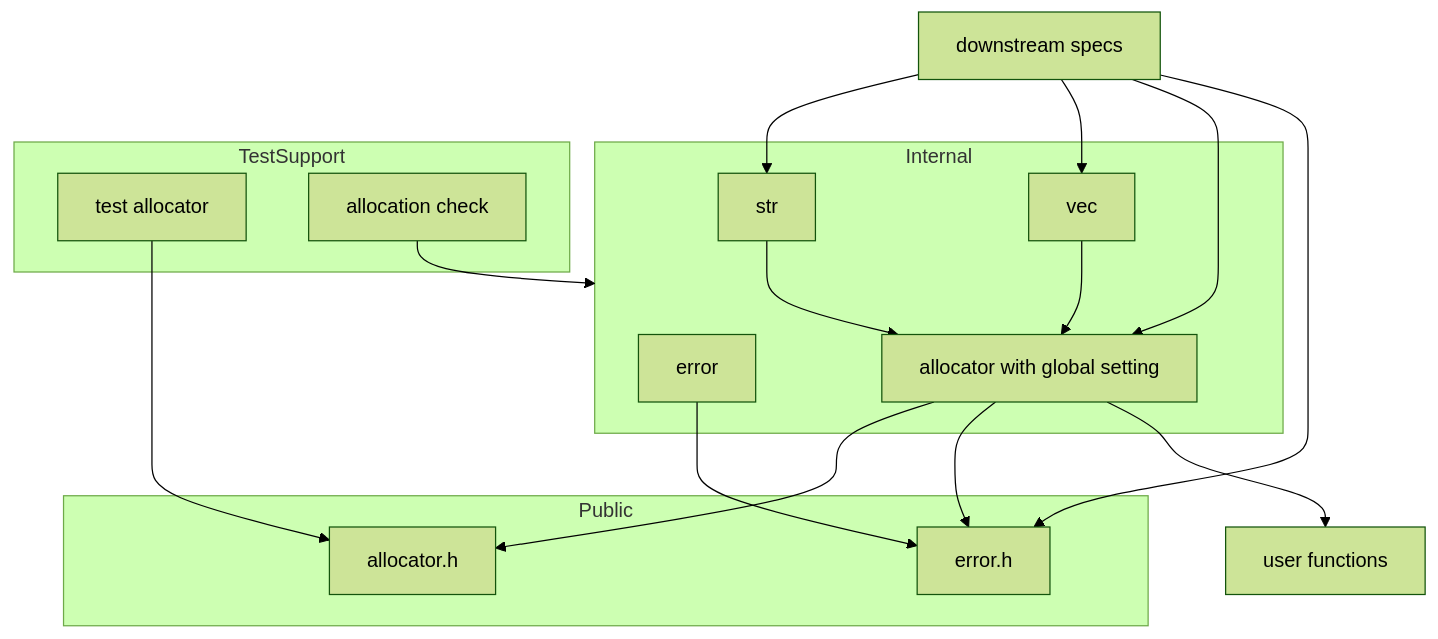
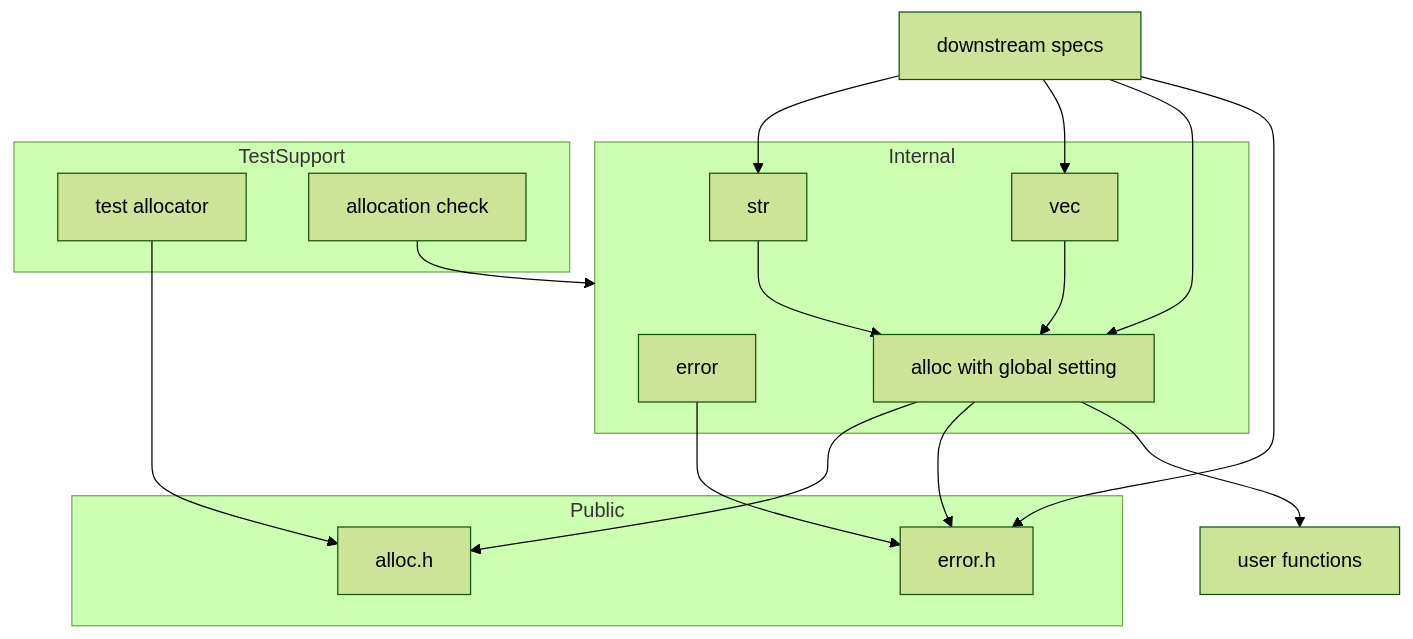
One commit to ktdevx/cargs changed the first of 2 diagrams in .kiro/specs/core-runtime/design.md. Above: the diagram before and after it, drawn with Mermaid (forest theme). The commit also changed other lines of this file and 2 other files, not shown here.

First line of the commit message:
Rename allocator module to alloc and clargs_str_dup to clargs_strdup

````diff
--- a/.kiro/specs/core-runtime/design.md
+++ b/.kiro/specs/core-runtime/design.md
@@ -90,32 +90,32 @@
 ```mermaid
 graph TB
     subgraph Public
         ErrorH[error.h]
-        AllocatorH[allocator.h]
+        AllocatorH[alloc.h]
     end
     subgraph Internal
         Error[error]
-        Allocator[allocator with global setting]
+        Allocator[alloc with global setting]
         Str[str]
         Vec[vec]
     end
     subgraph TestSupport
         TestAllocator[test allocator]
         Check[allocation check]
     end
     Downstream[downstream specs]
     User[user functions]
 
     Error --> ErrorH
     Allocator --> AllocatorH
     Allocator --> ErrorH
     Str --> Allocator
     Vec --> Allocator
     Downstream --> Str
     Downstream --> Vec
     Downstream --> Allocator
     Downstream --> ErrorH
     Allocator --> User
     TestAllocator --> AllocatorH
     Check --> Internal
 ```
````
